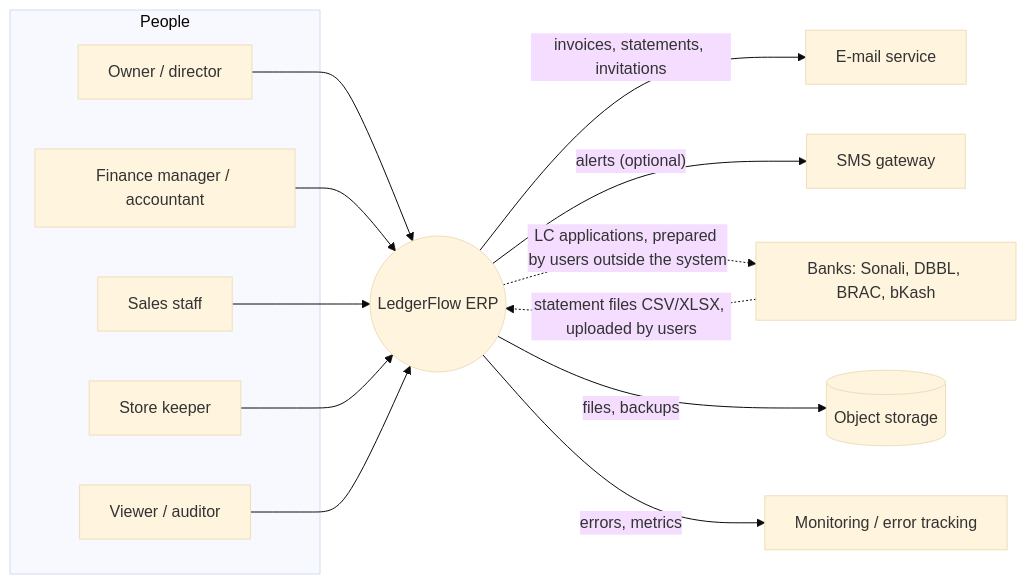
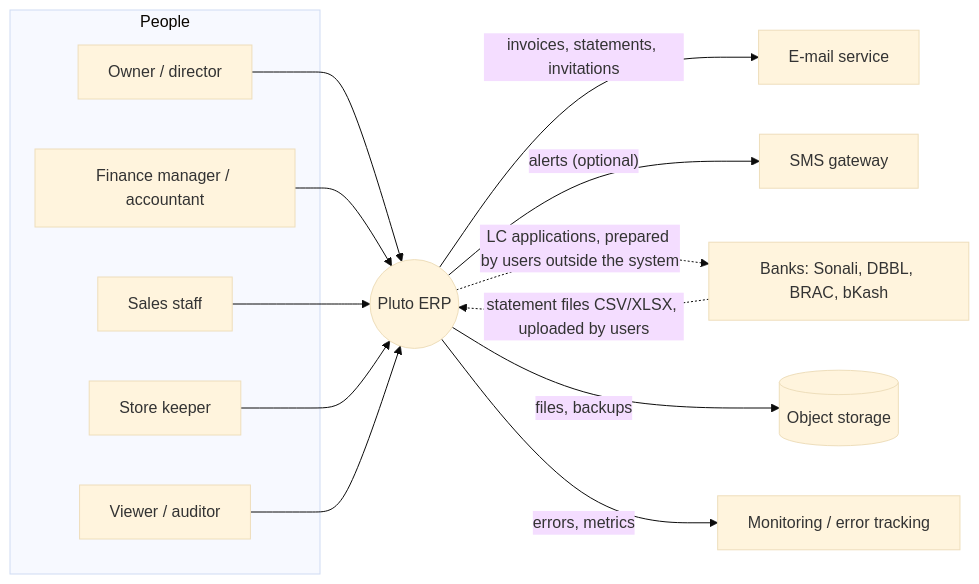
Before and after one commit to Samin1362/Pluto-ERP-Project-Backend: the first of 9 diagrams in docs/03-System-Architecture.md, drawn with Mermaid (base theme). The commit also changed other lines of this file and 79 other files, not shown here.

First line of the commit message:
PEP-437 PEP-438 PEP-439 P1.7-BE: rename LedgerFlow to Pluto (code, databases, docs; contract changed)

````diff
--- a/docs/03-System-Architecture.md
+++ b/docs/03-System-Architecture.md
@@ -10,22 +10,22 @@
 ```mermaid
 flowchart LR
     subgraph People
         O[Owner / director]
         FM[Finance manager / accountant]
         SS[Sales staff]
         SK[Store keeper]
         V[Viewer / auditor]
     end
-    LF((LedgerFlow ERP))
+    LF((Pluto ERP))
     O --> LF
     FM --> LF
     SS --> LF
     SK --> LF
     V --> LF
     LF -- "invoices, statements, invitations" --> MAIL[E-mail service]
     LF -- "alerts (optional)" --> SMS[SMS gateway]
     BANK[Banks: Sonali, DBBL, BRAC, bKash] -. "statement files CSV/XLSX, uploaded by users" .-> LF
     LF -. "LC applications, prepared by users outside the system" .-> BANK
     LF -- "files, backups" --> OBJ[(Object storage)]
     LF -- "errors, metrics" --> MON[Monitoring / error tracking]
 ```
````
